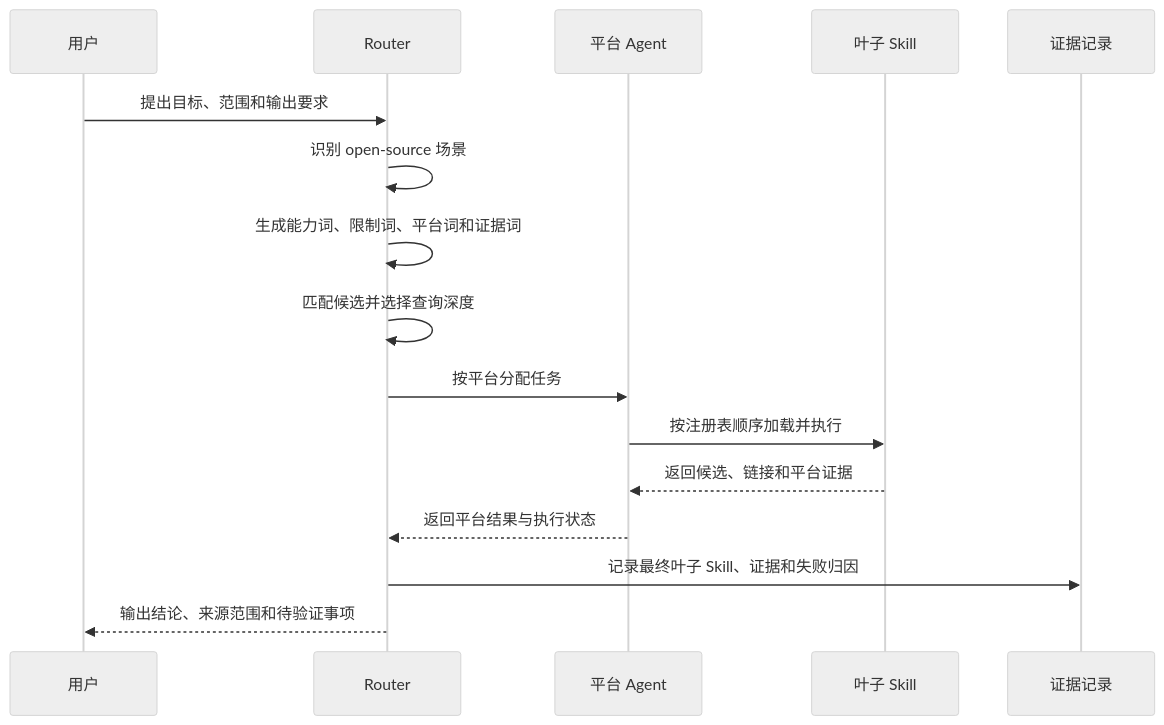
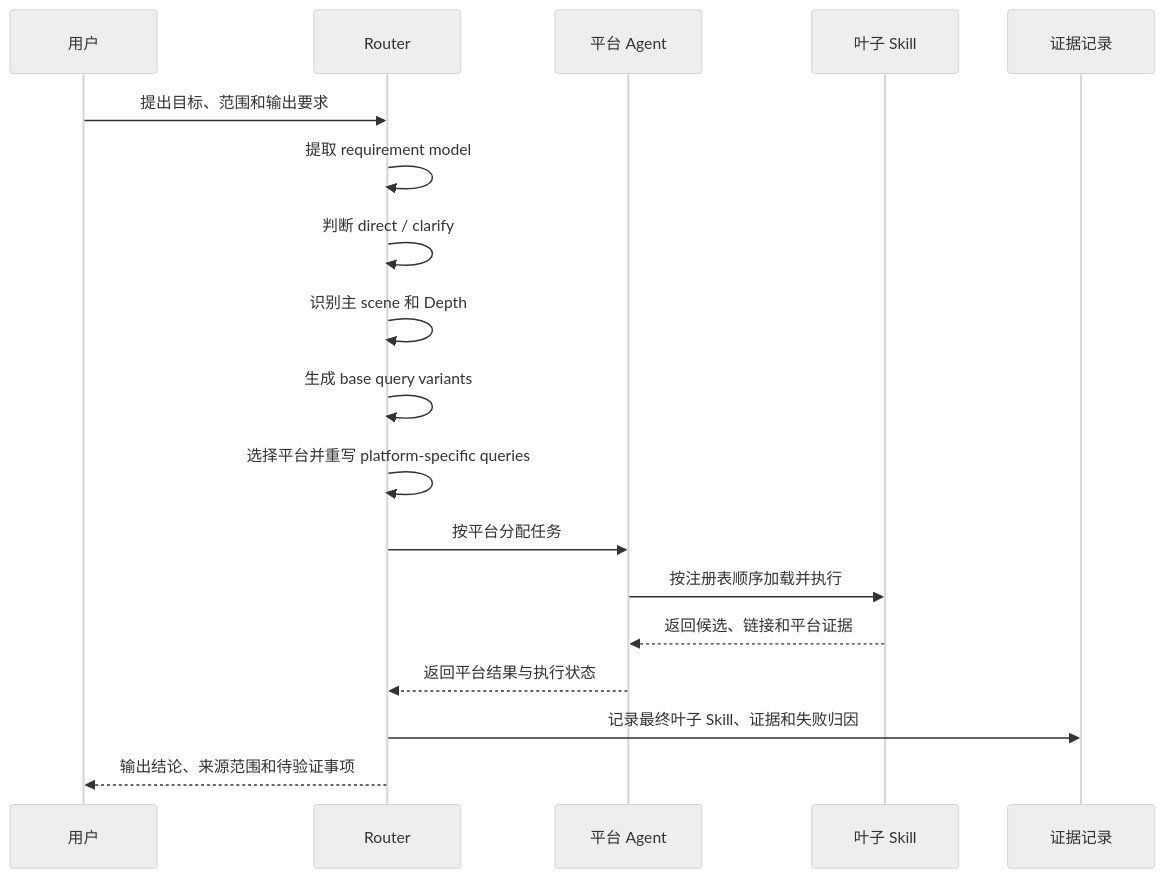
The fourth of 4 diagrams in README.md (sxyq/research-router), drawn with Mermaid (neutral theme) before and after one commit. The commit also changed other lines of this file and 34 other files, not shown here.

````diff
--- a/README.md
+++ b/README.md
@@ -301,18 +311,20 @@
 ```mermaid
 sequenceDiagram
     participant U as 用户
     participant R as Router
     participant A as 平台 Agent
     participant S as 叶子 Skill
     participant E as 证据记录
     U->>R: 提出目标、范围和输出要求
-    R->>R: 识别 open-source 场景
-    R->>R: 生成能力词、限制词、平台词和证据词
-    R->>R: 匹配候选并选择查询深度
+    R->>R: 提取 requirement model
+    R->>R: 判断 direct / clarify
+    R->>R: 识别主 scene 和 Depth
+    R->>R: 生成 base query variants
+    R->>R: 选择平台并重写 platform-specific queries
     R->>A: 按平台分配任务
     A->>S: 按注册表顺序加载并执行
     S-->>A: 返回候选、链接和平台证据
     A-->>R: 返回平台结果与执行状态
     R->>E: 记录最终叶子 Skill、证据和失败归因
     R-->>U: 输出结论、来源范围和待验证事项
 ```
````
